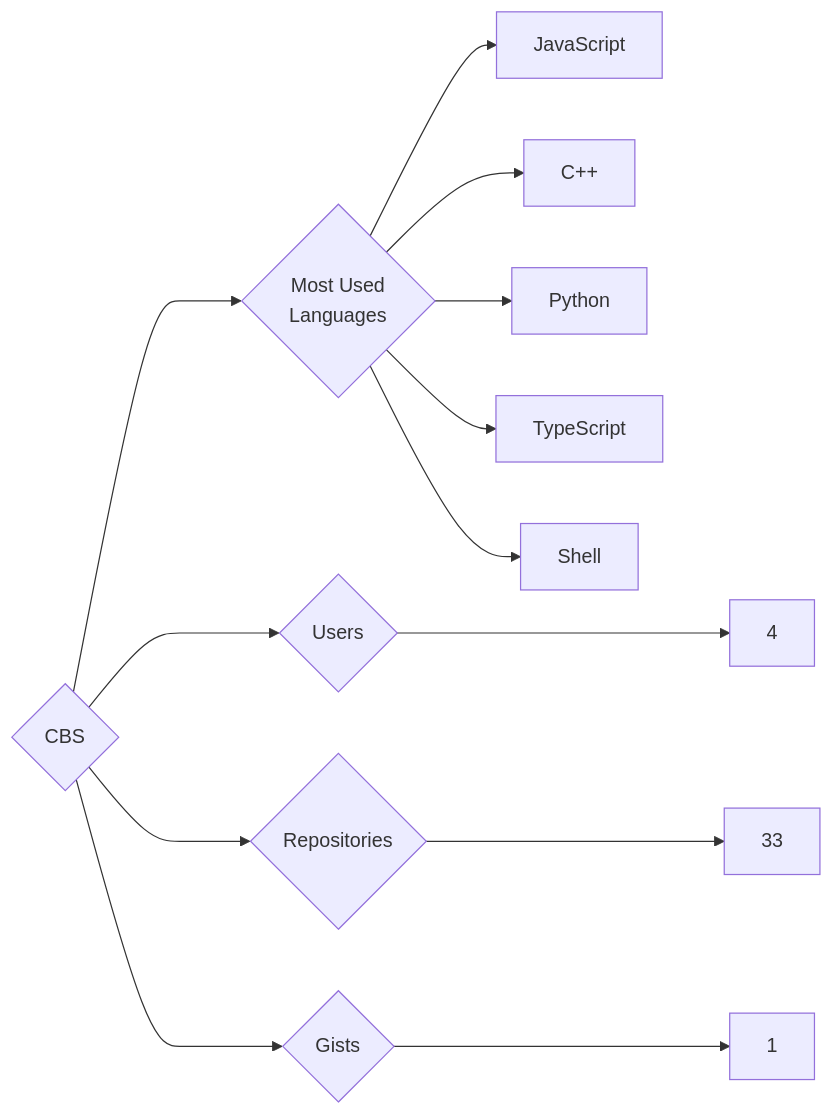
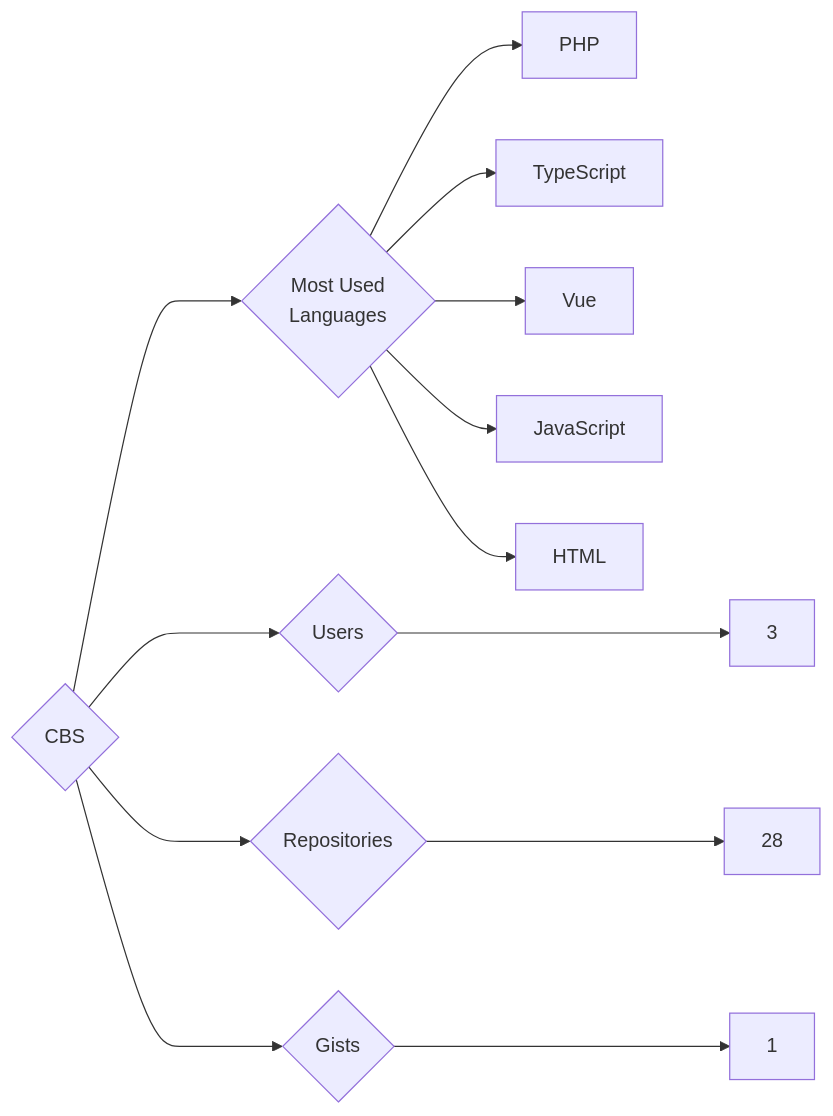
One commit to trickest/insiders changed the diagram in targets/CBS/README.md. Above: the diagram before and after it, drawn with Mermaid. The commit also changed 559 other files, not shown here.

````diff
--- a/targets/CBS/README.md
+++ b/targets/CBS/README.md
@@ -3,13 +3,13 @@
 ```mermaid
 graph LR
 COMPANY_NAME{CBS}
-COMPANY_NAME ---> U{Users} ---> UN[4]
-COMPANY_NAME ---> R{Repositories} ---> RN[33]
+COMPANY_NAME ---> U{Users} ---> UN[3]
+COMPANY_NAME ---> R{Repositories} ---> RN[28]
 COMPANY_NAME ---> G{Gists} ---> GN[1]
 COMPANY_NAME ---> ML{Most Used<br>Languages}
+ML --> PHP[PHP]
+ML --> TypeScript[TypeScript]
+ML --> Vue[Vue]
 ML --> JavaScript[JavaScript]
-ML --> C++[C++]
-ML --> Python[Python]
-ML --> TypeScript[TypeScript]
-ML --> Shell[Shell]
+ML --> HTML[HTML]
 ```
````
